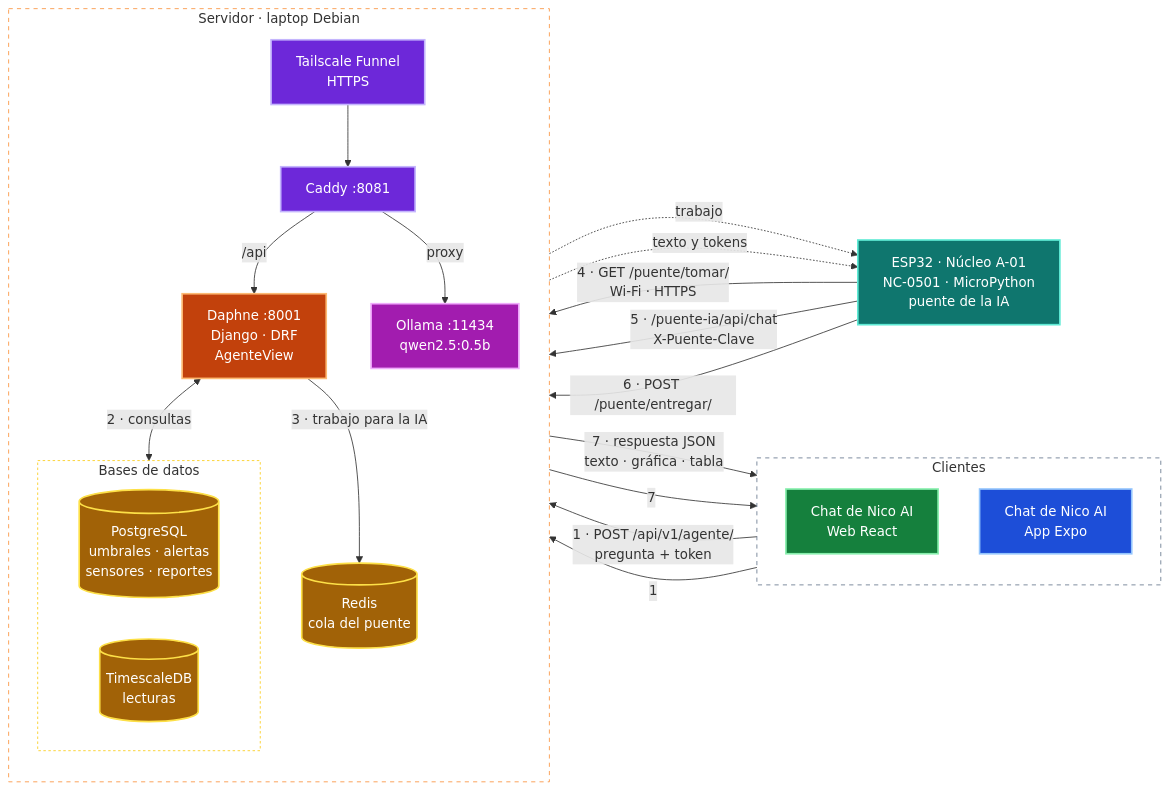
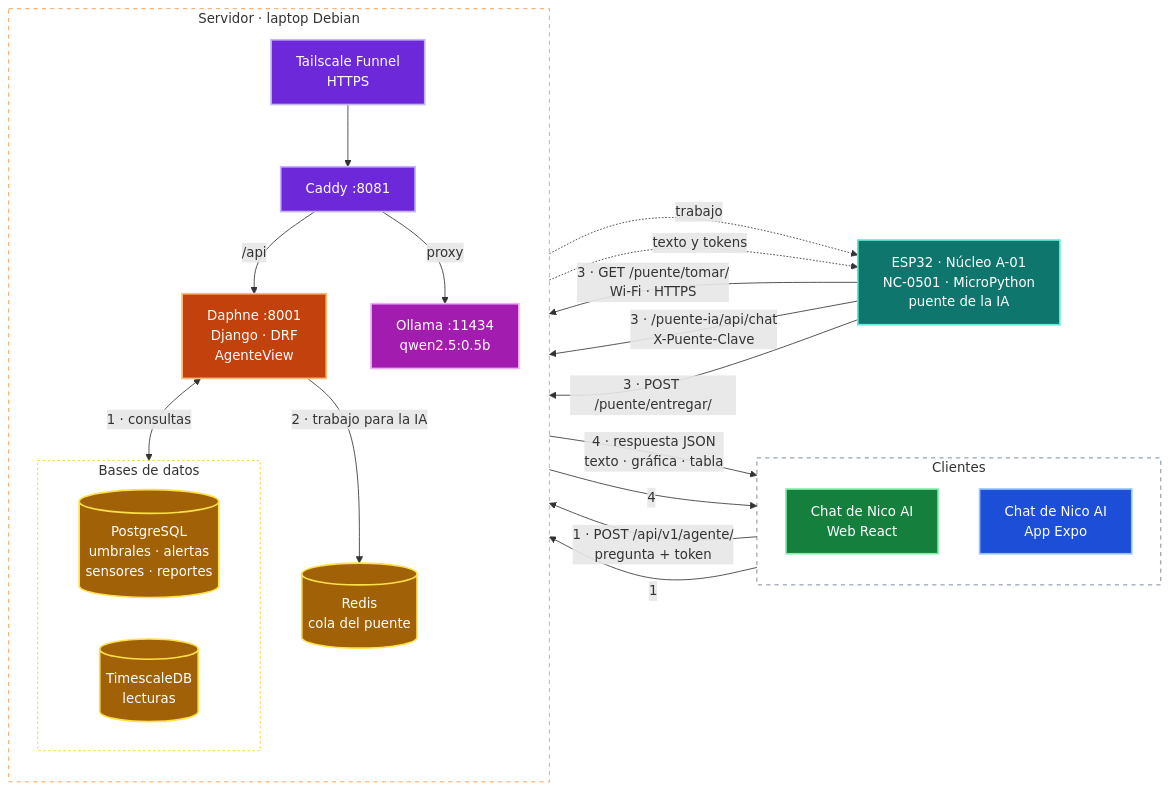
One commit to BrandonGlz/Nucleo changed the fourth of 4 diagrams in README.md. Above: the diagram before and after it, drawn with Mermaid. The commit also changed other lines of this file, not shown here.

````diff
--- a/README.md
+++ b/README.md
@@ -455,52 +451,52 @@
 ```mermaid
 flowchart LR
     subgraph CL["Clientes"]
         direction TB
         W["Chat de Nico AI<br/>Web React"]
         A["Chat de Nico AI<br/>App Expo"]
     end
     subgraph HOST["Servidor · laptop Debian"]
         direction TB
         TS["Tailscale Funnel<br/>HTTPS"]
         C["Caddy :8081"]
         D["Daphne :8001<br/>Django · DRF<br/>AgenteView"]
         R[("Redis<br/>cola del puente")]
         subgraph BD["Bases de datos"]
             PG[("PostgreSQL<br/>umbrales · alertas<br/>sensores · reportes")]
             TDB[("TimescaleDB<br/>lecturas")]
         end
         O["Ollama :11434<br/>qwen2.5:0.5b"]
     end
     E["ESP32 · Núcleo A-01<br/>NC-0501 · MicroPython<br/>puente de la IA"]
 
     W -->|"1 · POST /api/v1/agente/<br/>pregunta + token"| TS
     A -->|"1"| TS
     TS --> C -->|"/api"| D
-    D <-->|"2 · consultas"| BD
-    D -->|"3 · trabajo para la IA"| R
-    E -->|"4 · GET /puente/tomar/<br/>Wi-Fi · HTTPS"| TS
+    D <-->|"1 · consultas"| BD
+    D -->|"2 · trabajo para la IA"| R
+    E -->|"3 · GET /puente/tomar/<br/>Wi-Fi · HTTPS"| TS
     R -.->|trabajo| E
-    E -->|"5 · /puente-ia/api/chat<br/>X-Puente-Clave"| C
+    E -->|"3 · /puente-ia/api/chat<br/>X-Puente-Clave"| C
     C -->|proxy| O
     O -.->|texto y tokens| E
-    E -->|"6 · POST /puente/entregar/"| D
-    D -->|"7 · respuesta JSON<br/>texto · gráfica · tabla"| W
-    D -->|"7"| A
+    E -->|"3 · POST /puente/entregar/"| D
+    D -->|"4 · respuesta JSON<br/>texto · gráfica · tabla"| W
+    D -->|"4"| A
     classDef cliente fill:#1d4ed8,stroke:#93c5fd,color:#fff,stroke-width:2px
     classDef red fill:#6d28d9,stroke:#c4b5fd,color:#fff,stroke-width:2px
     classDef web fill:#15803d,stroke:#86efac,color:#fff,stroke-width:2px
     classDef backend fill:#c2410c,stroke:#fdba74,color:#fff,stroke-width:2px
     classDef datos fill:#a16207,stroke:#fde047,color:#fff,stroke-width:2px
     classDef iot fill:#0f766e,stroke:#5eead4,color:#fff,stroke-width:2px
     classDef externo fill:#a21caf,stroke:#f0abfc,color:#fff,stroke-width:2px
     class W web
     class A cliente
     class TS,C red
     class D backend
     class R,PG,TDB datos
     class E iot
     class O externo
     style CL fill:transparent,stroke:#64748b,stroke-dasharray:5 5
     style HOST fill:transparent,stroke:#fb923c,stroke-dasharray:5 5
     style BD fill:transparent,stroke:#facc15,stroke-dasharray:3 3
 ```
````
